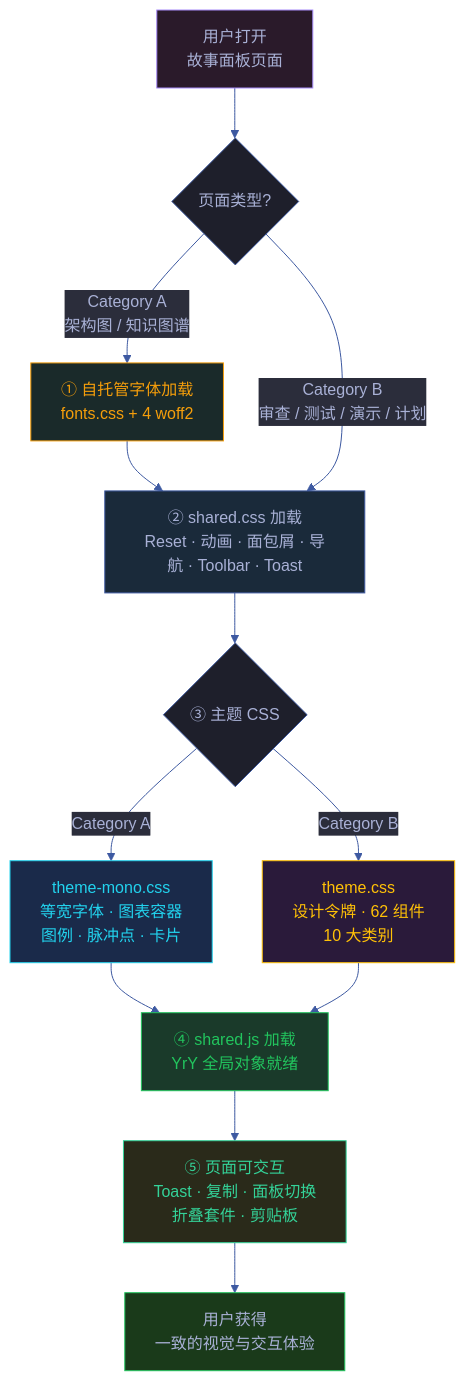
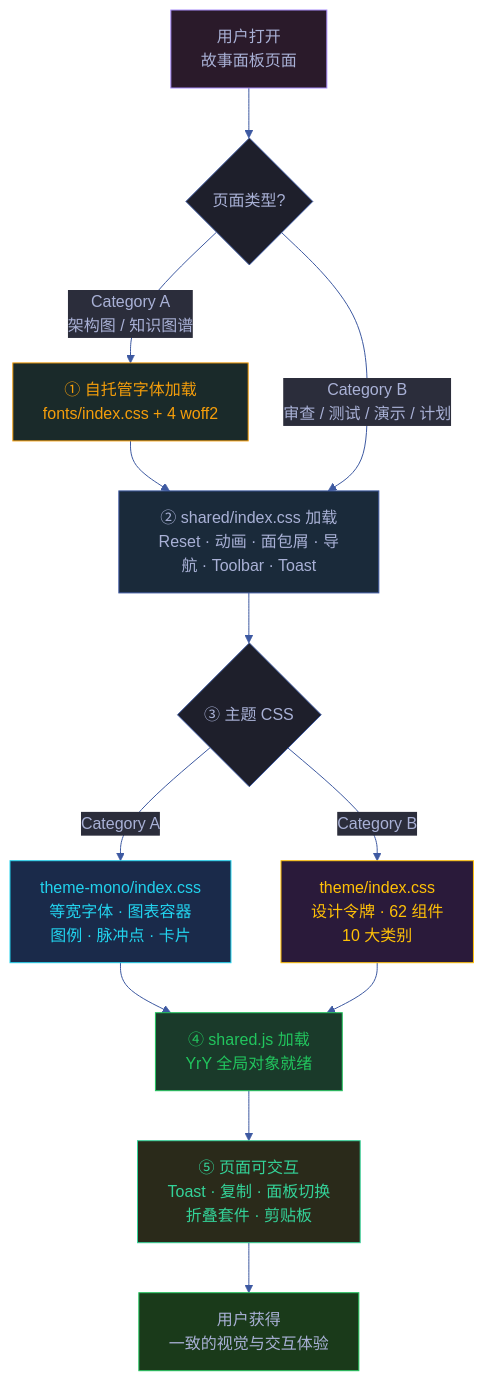
Before and after one commit to effiy/YrY: the first of 3 diagrams in cdn/故事任务面板/cdn/场景-1-cdn资源加载与页面渲染/index.md, drawn with Mermaid. The commit also changed other lines of this file and 553 other files, not shown here.

````diff
--- a/cdn/故事任务面板/cdn/场景-1-cdn资源加载与页面渲染/index.md
+++ b/cdn/故事任务面板/cdn/场景-1-cdn资源加载与页面渲染/index.md
@@ -10,31 +10,31 @@
 ```mermaid
 %%{init: {'theme': 'base', 'themeVariables': {
   'primaryColor': '#1e1f2b',
   'primaryTextColor': '#a9b1d6',
   'primaryBorderColor': '#3d59a1',
   'lineColor': '#3d59a1',
   'secondaryColor': '#2b2d3b',
   'tertiaryColor': '#21232f'
 }}}%%
 flowchart TD
     ENTRY["用户打开<br/>故事面板页面"]:::user --> TYPE{"页面类型?"}
-    TYPE -->|"Category A<br/>架构图 / 知识图谱"| CAT_A["① 自托管字体加载<br/>fonts.css + 4 woff2"]:::ext
-    CAT_A --> SHARED_CSS["② shared.css 加载<br/>Reset · 动画 · 面包屑 · 导航 · Toolbar · Toast"]:::base
+    TYPE -->|"Category A<br/>架构图 / 知识图谱"| CAT_A["① 自托管字体加载<br/>fonts/index.css + 4 woff2"]:::ext
+    CAT_A --> SHARED_CSS["② shared/index.css 加载<br/>Reset · 动画 · 面包屑 · 导航 · Toolbar · Toast"]:::base
     TYPE -->|"Category B<br/>审查 / 测试 / 演示 / 计划"| SHARED_CSS
     SHARED_CSS --> THEME{"③ 主题 CSS"}
-    THEME -->|"Category A"| MONO["theme-mono.css<br/>等宽字体 · 图表容器<br/>图例 · 脉冲点 · 卡片"]:::mono
-    THEME -->|"Category B"| SYSTEM["theme.css<br/>设计令牌 · 62 组件<br/>10 大类别"]:::sys
+    THEME -->|"Category A"| MONO["theme-mono/index.css<br/>等宽字体 · 图表容器<br/>图例 · 脉冲点 · 卡片"]:::mono
+    THEME -->|"Category B"| SYSTEM["theme/index.css<br/>设计令牌 · 62 组件<br/>10 大类别"]:::sys
     MONO --> JS["④ shared.js 加载<br/>YrY 全局对象就绪"]:::js
     SYSTEM --> JS
     JS --> INTERACTIVE["⑤ 页面可交互<br/>Toast · 复制 · 面板切换<br/>折叠套件 · 剪贴板"]:::ready
     INTERACTIVE --> DONE["用户获得<br/>一致的视觉与交互体验"]:::goal
 
     classDef user fill:#2a1a2a,stroke:#a78bfa,color:#a9b1d6
     classDef ext fill:#1a2a2a,stroke:#f59e0b,color:#f59e0b
     classDef base fill:#1a2a3a,stroke:#3d59a1,color:#a9b1d6
     classDef mono fill:#1a2a4a,stroke:#22d3ee,color:#22d3ee
     classDef sys fill:#2a1a3a,stroke:#FFC107,color:#FFC107
     classDef js fill:#1a3a2a,stroke:#22c55e,color:#22c55e
     classDef ready fill:#2a2a1a,stroke:#34d399,color:#34d399
     classDef goal fill:#1a3a1a,stroke:#22c55e,color:#a9b1d6
 ```
````
